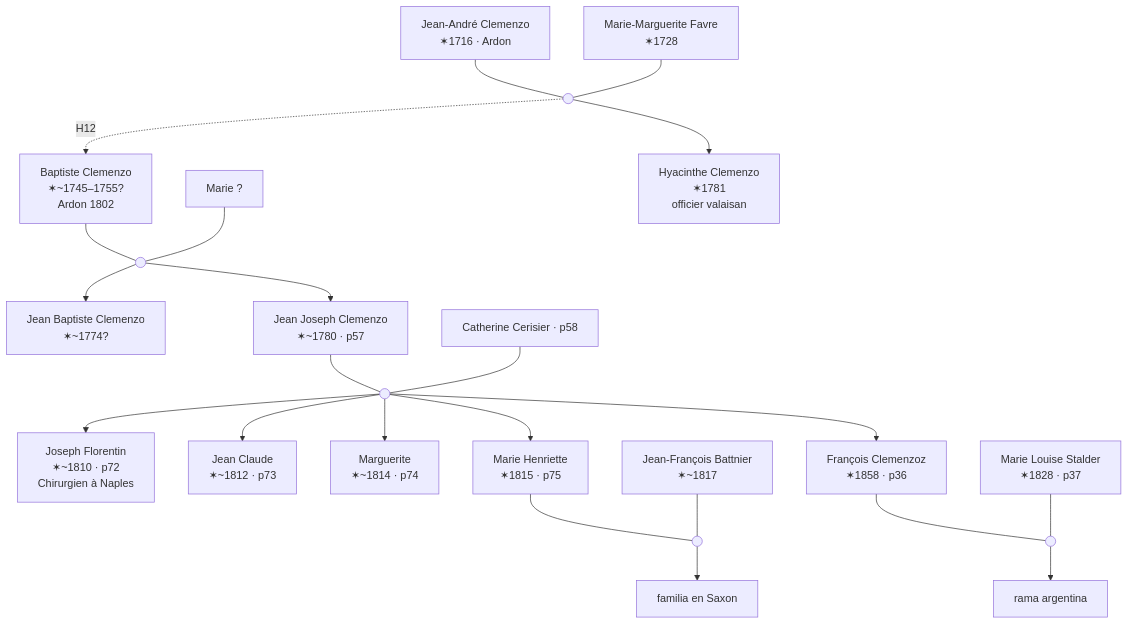
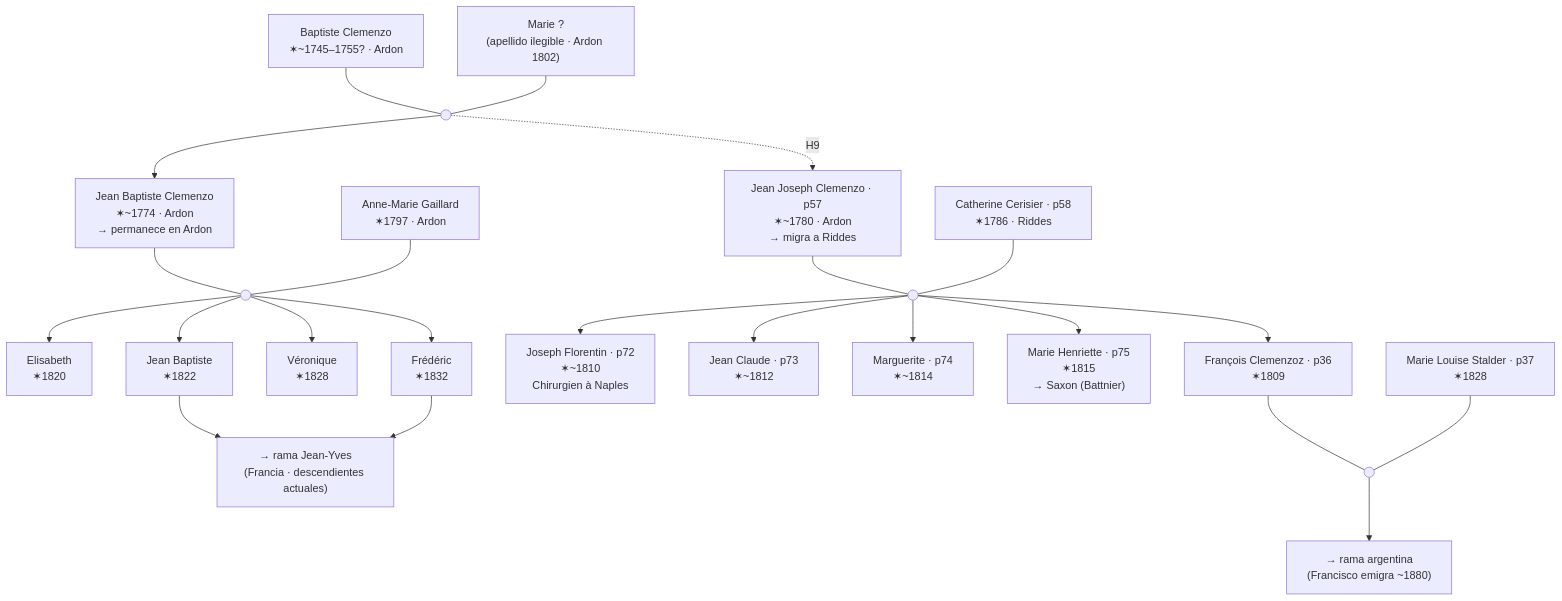
Before and after one commit to cmzo/web-genealogia: the second of 2 diagrams in content/posts/clan-clemenzo.md, drawn with Mermaid. The commit also changed other lines of this file and 4 other files, not shown here.

````diff
--- a/content/posts/clan-clemenzo.md
+++ b/content/posts/clan-clemenzo.md
@@ -671,49 +605,56 @@
 ```mermaid
 flowchart TD
-    JA["Jean-André Clemenzo\n✶1716 · Ardon"]
-    MMF["Marie-Marguerite Favre\n✶1728"]
-    m0(( ))
-    BAP["Baptiste Clemenzo\n✶~1745–1755?\nArdon 1802"]
-    MUNK["Marie ?"]
+    BAP["Baptiste Clemenzo\n✶~1745–1755? · Ardon"]
+    MUNK["Marie ?\n(apellido ilegible · Ardon 1802)"]
     m1(( ))
-    JBC["Jean Baptiste Clemenzo\n✶~1774?"]
-    JJ["Jean Joseph Clemenzo\n✶~1780 · p57"]
-    CC["Catherine Cerisier · p58"]
+
+    JBC["Jean Baptiste Clemenzo\n✶~1774 · Ardon\n→ permanece en Ardon"]
+    JJ["Jean Joseph Clemenzo · p57\n✶~1780 · Ardon\n→ migra a Riddes"]
+
+    AGG["Anne-Marie Gaillard\n✶1797 · Ardon"]
+    CC["Catherine Cerisier · p58\n✶1786 · Riddes"]
+
     m2(( ))
-    HY["Hyacinthe Clemenzo\n✶1781\nofficier valaisan"]
-    JF["Joseph Florentin\n✶~1810 · p72\nChirurgien à Naples"]
-    JCL["Jean Claude\n✶~1812 · p73"]
-    MAR["Marguerite\n✶~1814 · p74"]
-    MH["Marie Henriette\n✶1815 · p75"]
-    FR["François Clemenzoz\n✶1858 · p36"]
-    JFB["Jean-François Battnier\n✶~1817"]
     m3(( ))
-    MLS["Marie Louise Stalder\n✶1828 · p37"]
-    m4(( ))
 
-    JA --- m0
-    MMF --- m0
-    m0 --> HY
-    m0 -.->|H12| BAP
+    ELI["Elisabeth\n✶1820"]
+    JYB["Jean Baptiste\n✶1822"]
+    VER["Véronique\n✶1828"]
+    FRD["Frédéric\n✶1832"]
+    JY["→ rama Jean-Yves\n(Francia · descendientes actuales)"]
+
+    JF["Joseph Florentin · p72\n✶~1810\nChirurgien à Naples"]
+    JCL["Jean Claude · p73\n✶~1812"]
+    MAR["Marguerite · p74\n✶~1814"]
+    MH["Marie Henriette · p75\n✶1815\n→ Saxon (Battnier)"]
+    FR["François Clemenzoz · p36\n✶1809"]
+
+    MLS["Marie Louise Stalder · p37\n✶1828"]
+    m5(( ))
 
     BAP --- m1
     MUNK --- m1
     m1 --> JBC
-    m1 --> JJ
+    m1 -.->|"H9"| JJ
 
-    JJ --- m2
-    CC --- m2
-    m2 --> JF
-    m2 --> JCL
-    m2 --> MAR
-    m2 --> MH
-    m2 --> FR
+    JBC --- m2
+    AGG --- m2
+    m2 --> ELI
+    m2 --> JYB
+    m2 --> VER
+    m2 --> FRD
+    JYB --> JY
+    FRD --> JY
 
-    MH --- m3
-    JFB --- m3
-    m3 --> SAX["familia en Saxon"]
+    JJ --- m3
+    CC --- m3
+    m3 --> JF
+    m3 --> JCL
+    m3 --> MAR
+    m3 --> MH
+    m3 --> FR
 
-    FR --- m4
-    MLS --- m4
-    m4 --> ARG["rama argentina"]
+    FR --- m5
+    MLS --- m5
+    m5 --> ARG["→ rama argentina\n(Francisco emigra ~1880)"]
 ```
````
